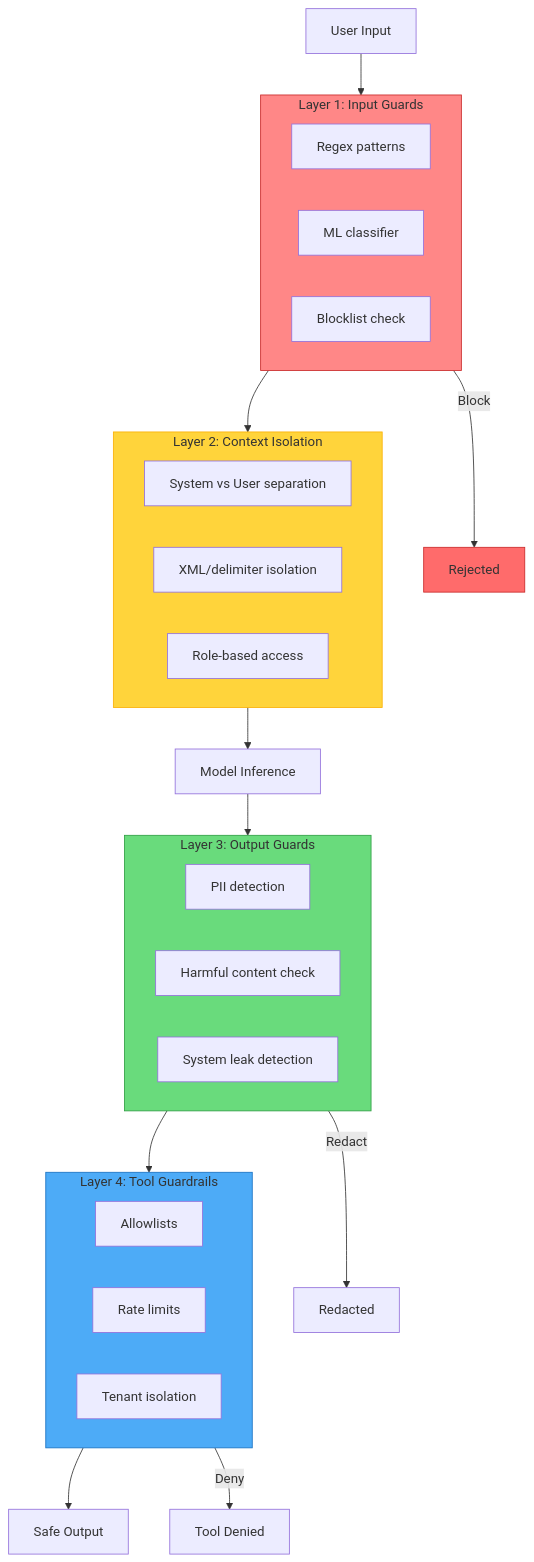
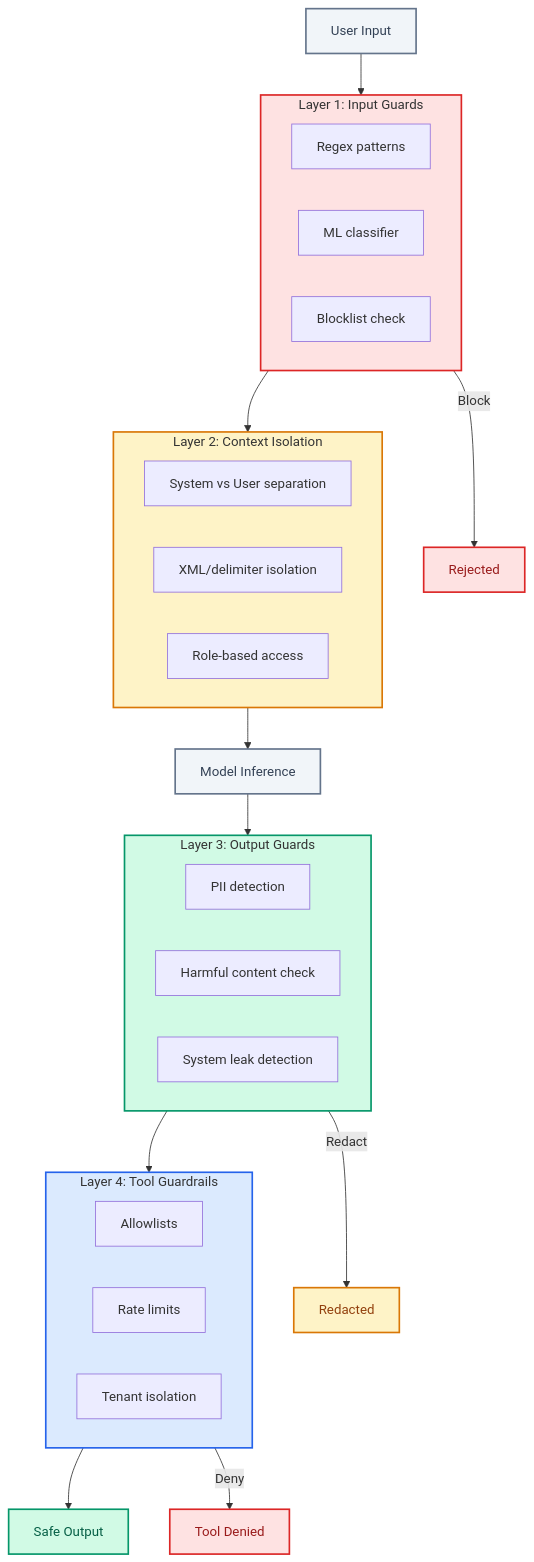
Before and after one commit to whoisrade/agentic-field-manual: the diagram in 06-operations/safety-surface.md, drawn with Mermaid. The commit also changed 18 other files, not shown here.

Commit message:
refine mermaid diagrams with enterprise color palette

````diff
--- a/06-operations/safety-surface.md
+++ b/06-operations/safety-surface.md
@@ -38,47 +38,52 @@
 ```mermaid
 flowchart TB
-    Input[User Input] --> L1
+    Input["User Input"] --> L1
     
     subgraph L1["Layer 1: Input Guards"]
-        IG1[Regex patterns]
-        IG2[ML classifier]
-        IG3[Blocklist check]
+        IG1["Regex patterns"]
+        IG2["ML classifier"]
+        IG3["Blocklist check"]
     end
     
     L1 --> L2
     
     subgraph L2["Layer 2: Context Isolation"]
-        CI1[System vs User separation]
-        CI2[XML/delimiter isolation]
-        CI3[Role-based access]
+        CI1["System vs User separation"]
+        CI2["XML/delimiter isolation"]
+        CI3["Role-based access"]
     end
     
-    L2 --> Model[Model Inference]
+    L2 --> Model["Model Inference"]
     Model --> L3
     
     subgraph L3["Layer 3: Output Guards"]
-        OG1[PII detection]
-        OG2[Harmful content check]
-        OG3[System leak detection]
+        OG1["PII detection"]
+        OG2["Harmful content check"]
+        OG3["System leak detection"]
     end
     
     L3 --> L4
     
     subgraph L4["Layer 4: Tool Guardrails"]
-        TG1[Allowlists]
-        TG2[Rate limits]
-        TG3[Tenant isolation]
+        TG1["Allowlists"]
+        TG2["Rate limits"]
+        TG3["Tenant isolation"]
     end
     
-    L4 --> Output[Safe Output]
+    L4 --> Output["Safe Output"]
     
-    L1 -->|Block| Reject[Rejected]
-    L3 -->|Redact| Redact[Redacted]
-    L4 -->|Deny| Deny[Tool Denied]
+    L1 -->|"Block"| Reject["Rejected"]
+    L3 -->|"Redact"| Redact["Redacted"]
+    L4 -->|"Deny"| Deny["Tool Denied"]
     
-    style L1 fill:#ff8787,stroke:#c92a2a
-    style L2 fill:#ffd43b,stroke:#fab005
-    style L3 fill:#69db7c,stroke:#2f9e44
-    style L4 fill:#4dabf7,stroke:#1971c2
-    style Reject fill:#ff6b6b,stroke:#c92a2a
+    style Input fill:#f1f5f9,stroke:#64748b,stroke-width:2px,color:#334155
+    style L1 fill:#fee2e2,stroke:#dc2626,stroke-width:2px
+    style L2 fill:#fef3c7,stroke:#d97706,stroke-width:2px
+    style L3 fill:#d1fae5,stroke:#059669,stroke-width:2px
+    style L4 fill:#dbeafe,stroke:#2563eb,stroke-width:2px
+    style Model fill:#f1f5f9,stroke:#64748b,stroke-width:2px,color:#334155
+    style Output fill:#d1fae5,stroke:#059669,stroke-width:2px,color:#065f46
+    style Reject fill:#fee2e2,stroke:#dc2626,stroke-width:2px,color:#991b1b
+    style Redact fill:#fef3c7,stroke:#d97706,stroke-width:2px,color:#92400e
+    style Deny fill:#fee2e2,stroke:#dc2626,stroke-width:2px,color:#991b1b
 ```
````
